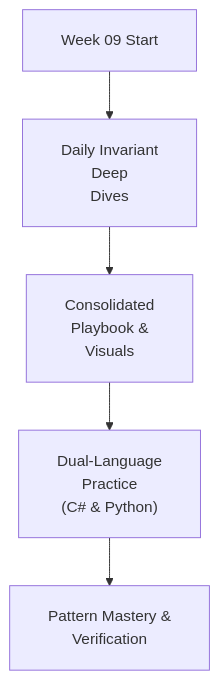
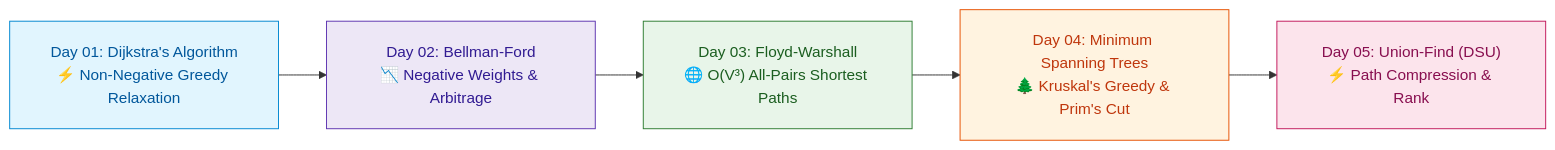
Before and after one commit to dip4k/DSA_102: the diagram in week_09_graph_algorithms_i/README.md, drawn with Mermaid. The commit also changed other lines of this file and 147 other files, not shown here.

First line of the commit message:
feat(curriculum): enrich Weeks 01-19 instructional modules & resolve repository-wide Mermaid cutoff

````diff
--- a/week_09_graph_algorithms_i/README.md
+++ b/week_09_graph_algorithms_i/README.md
@@ -16,8 +13,14 @@
 ```mermaid
 %%{init: {"flowchart": {"htmlLabels": true, "padding": 20}, "themeCSS": "foreignObject { overflow: visible !important; }"}}%%
-flowchart TD
-    Start["Week 09 Start"] --> Daily["Daily Invariant<br/>Deep<br/>Dives"]
-    Daily --> Playbook["Consolidated<br/>Playbook &<br/>Visuals"]
-    Playbook --> DualLang["Dual-Language<br/>Practice<br/>(C# & Python)"]
-    DualLang --> Mastery["Pattern Mastery &<br/>Verification"]
+flowchart LR
+    D1["Day 01: Dijkstra's Algorithm<br/>⚡ Non-Negative Greedy Relaxation"] --> D2["Day 02: Bellman-Ford<br/>📉 Negative Weights & Arbitrage"]
+    D2 --> D3["Day 03: Floyd-Warshall<br/>🌐 O(V³) All-Pairs Shortest Paths"]
+    D3 --> D4["Day 04: Minimum Spanning Trees<br/>🌲 Kruskal's Greedy & Prim's Cut"]
+    D4 --> D5["Day 05: Union-Find (DSU)<br/>⚡ Path Compression & Rank"]
+
+    style D1 fill:#e1f5fe,stroke:#0288d1,color:#01579b
+    style D2 fill:#ede7f6,stroke:#5e35b1,color:#311b92
+    style D3 fill:#e8f5e9,stroke:#2e7d32,color:#1b5e20
+    style D4 fill:#fff3e0,stroke:#e65100,color:#bf360c
+    style D5 fill:#fce4ec,stroke:#c2185b,color:#880e4f
 ```
````
